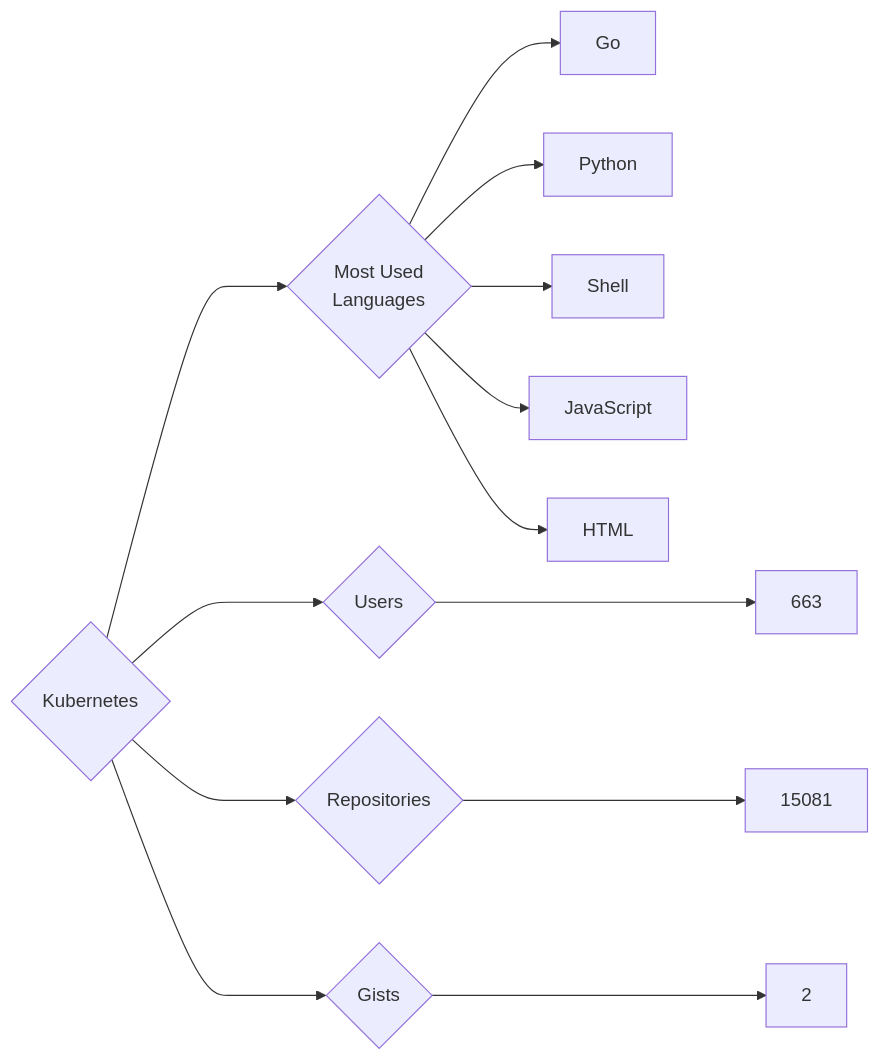
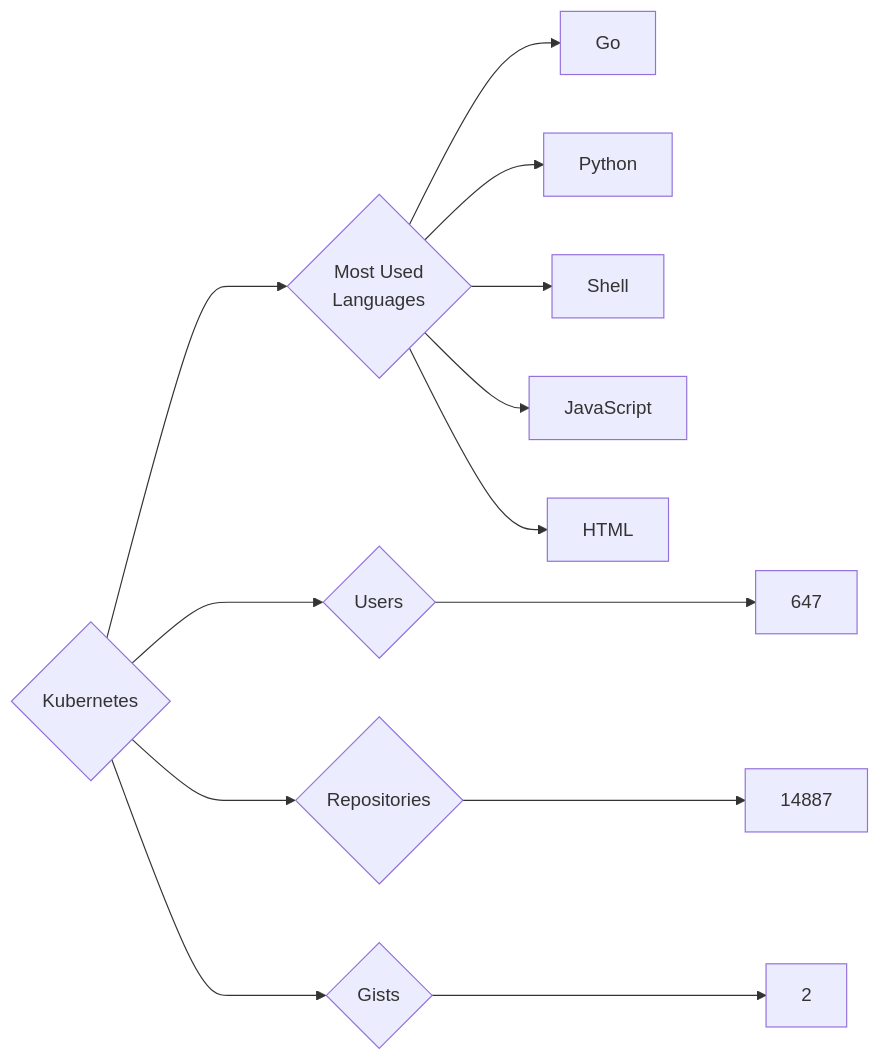
Before and after one commit to trickest/insiders: the diagram in targets/Kubernetes/README.md, drawn with Mermaid. The commit also changed 925 other files, not shown here.

````diff
--- a/targets/Kubernetes/README.md
+++ b/targets/Kubernetes/README.md
@@ -3,13 +3,13 @@
 ```mermaid
 graph LR
 COMPANY_NAME{Kubernetes}
-COMPANY_NAME ---> U{Users} ---> UN[663]
-COMPANY_NAME ---> R{Repositories} ---> RN[15081]
+COMPANY_NAME ---> U{Users} ---> UN[647]
+COMPANY_NAME ---> R{Repositories} ---> RN[14887]
 COMPANY_NAME ---> G{Gists} ---> GN[2]
 COMPANY_NAME ---> ML{Most Used<br>Languages}
 ML --> Go[Go]
 ML --> Python[Python]
 ML --> Shell[Shell]
 ML --> JavaScript[JavaScript]
 ML --> HTML[HTML]
 ```
````
